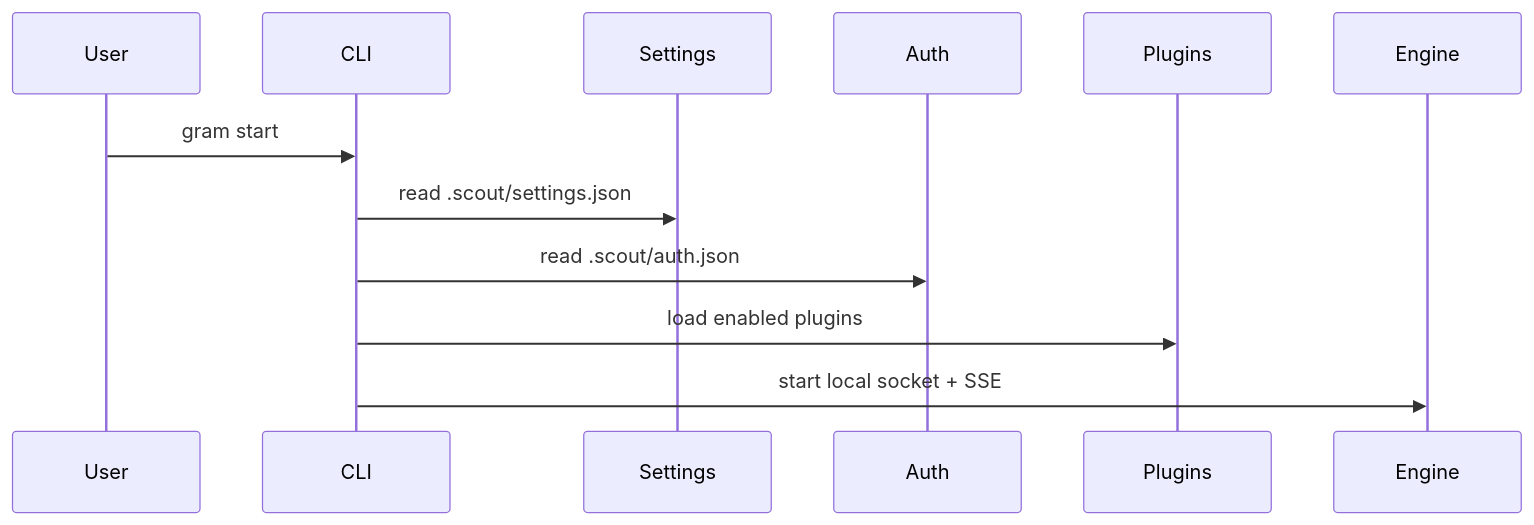
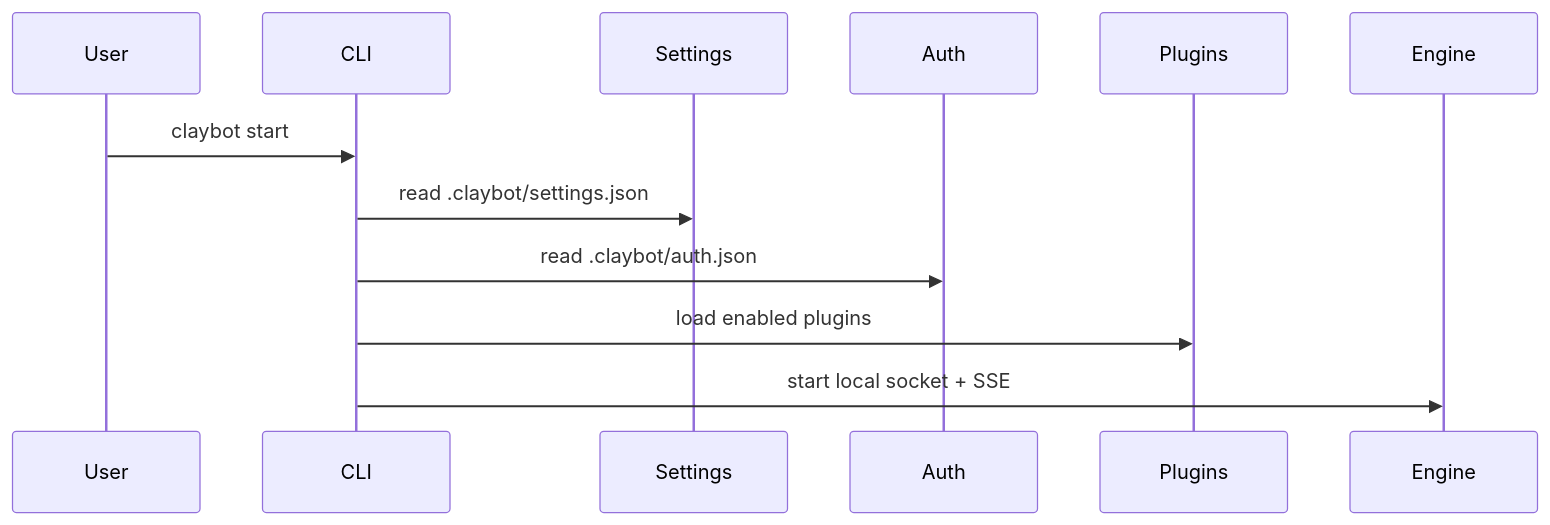
Before and after one commit to ex3ndr/daycare: the second of 2 diagrams in docs/cli.md, drawn with Mermaid. The commit also changed other lines of this file and 204 other files, not shown here.

First line of the commit message:
refactor: rename project from grambot/gram/scout to claybot

````diff
--- a/docs/cli.md
+++ b/docs/cli.md
@@ -28,14 +28,14 @@
 ```mermaid
 sequenceDiagram
   participant User
   participant CLI
   participant Settings
   participant Auth
   participant Plugins
   participant Engine
-  User->>CLI: gram start
-  CLI->>Settings: read .scout/settings.json
-  CLI->>Auth: read .scout/auth.json
+  User->>CLI: claybot start
+  CLI->>Settings: read .claybot/settings.json
+  CLI->>Auth: read .claybot/auth.json
   CLI->>Plugins: load enabled plugins
   CLI->>Engine: start local socket + SSE
 ```
````
